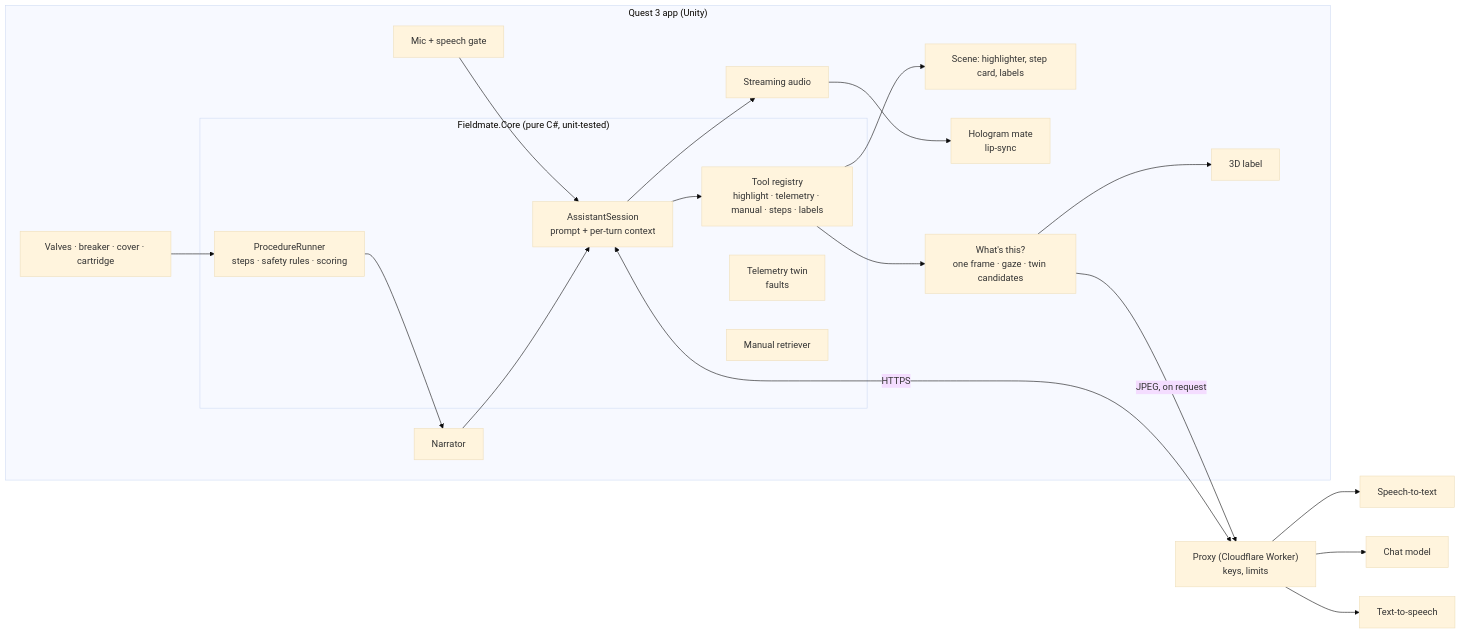
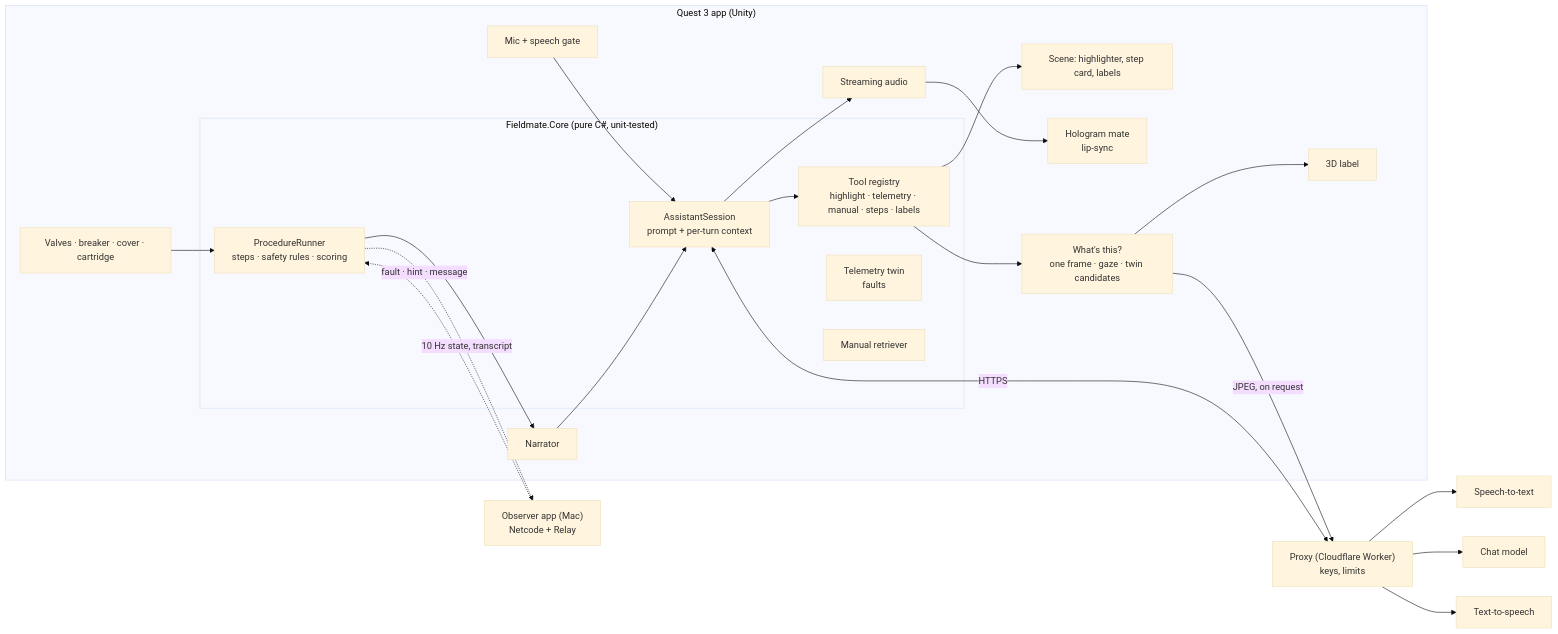
Before and after one commit to mkhizer77/fieldmate: the first of 2 diagrams in README.md, drawn with Mermaid (base theme). The commit also changed other lines of this file and 50 other files, not shown here.

First line of the commit message:
feat(net): remote observer on Mac via Netcode + Relay (#26)

````diff
--- a/README.md
+++ b/README.md
@@ -36,22 +41,24 @@
 ```mermaid
 flowchart LR
   subgraph Headset["Quest 3 app (Unity)"]
     Mic[Mic + speech gate] --> Session
     subgraph Core["Fieldmate.Core (pure C#, unit-tested)"]
       Session[AssistantSession<br/>prompt + per-turn context] --> Tools[Tool registry<br/>highlight · telemetry · manual · steps · labels]
       Runner[ProcedureRunner<br/>steps · safety rules · scoring]
       Twin[Telemetry twin<br/>faults]
       Manual[Manual retriever]
     end
     Tools --> Scene[Scene: highlighter, step card, labels]
     Interactables[Valves · breaker · cover · cartridge] --> Runner
     Runner --> Narrator[Narrator] --> Session
     Session --> Speaker[Streaming audio] --> Mate[Hologram mate<br/>lip-sync]
     Tools --> Vision[What's this?<br/>one frame · gaze · twin candidates] --> Labels[3D label]
   end
   Vision -->|"JPEG, on request"| Proxy
   Session <-->|HTTPS| Proxy["Proxy (Cloudflare Worker)<br/>keys, limits"]
   Proxy --> STT[Speech-to-text]
   Proxy --> LLM[Chat model]
   Proxy --> TTS[Text-to-speech]
+  Runner -.->|"10 Hz state, transcript"| Observer["Observer app (Mac)<br/>Netcode + Relay"]
+  Observer -.->|"fault · hint · message"| Runner
 ```
````
